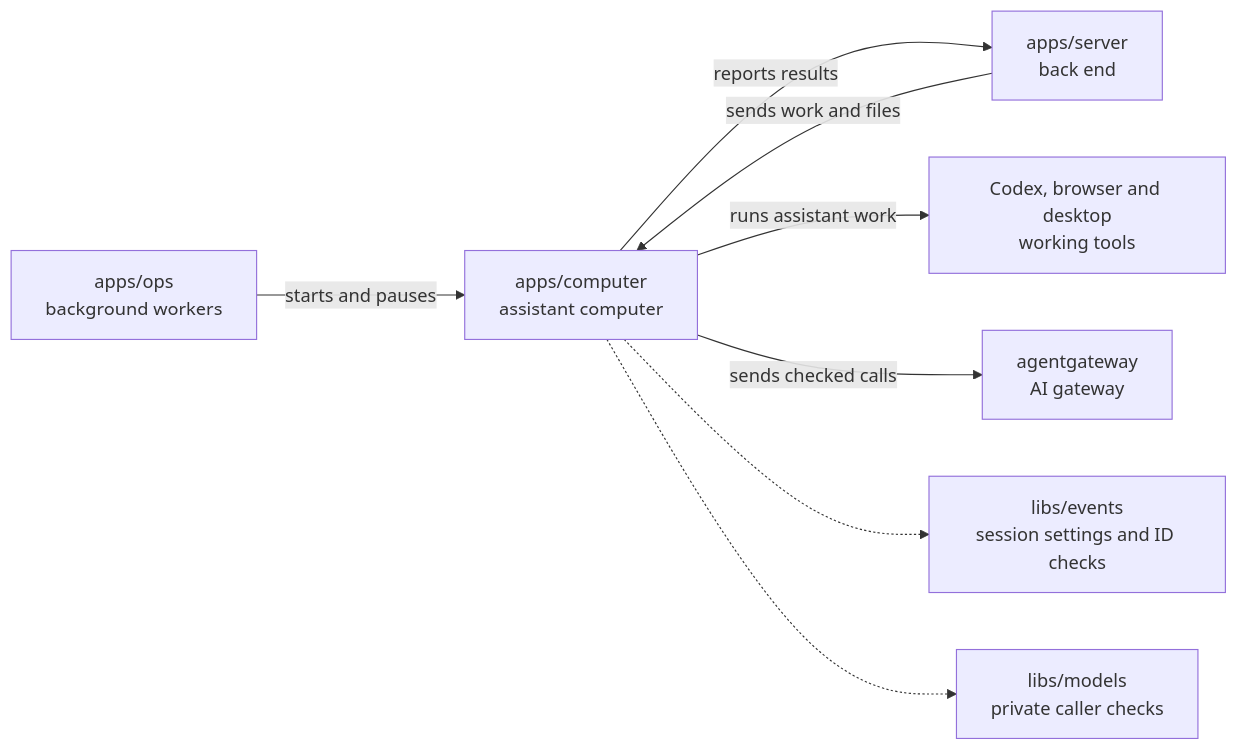
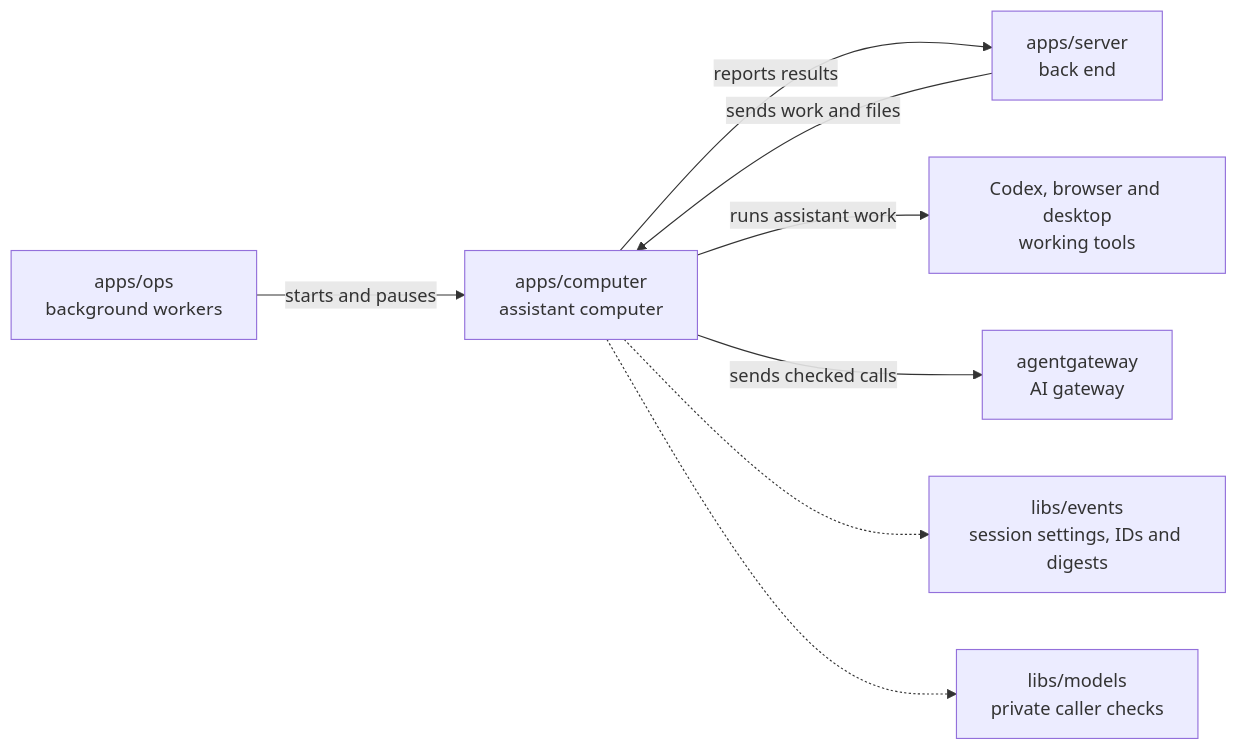
Before and after one commit to elewa-git/opencrane-new: the diagram in apps/computer/README.md, drawn with Mermaid. The commit also changed other lines of this file and 223 other files, not shown here.

First line of the commit message:
Share SHA-256 hex digests through the events entrypoint (#1160)

````diff
--- a/apps/computer/README.md
+++ b/apps/computer/README.md
@@ -18,10 +18,10 @@
 ```mermaid
 flowchart LR
   ops["apps/ops<br/>background workers"] -->|starts and pauses| computer["apps/computer<br/>assistant computer"]
   server["apps/server<br/>back end"] -->|sends work and files| computer
   computer -->|reports results| server
   computer -->|runs assistant work| desktop["Codex, browser and desktop<br/>working tools"]
   computer -->|sends checked calls| gateway["agentgateway<br/>AI gateway"]
-  computer -.-> events["libs/events<br/>session settings and ID checks"]
+  computer -.-> events["libs/events<br/>session settings, IDs and digests"]
   computer -.-> models["libs/models<br/>private caller checks"]
 ```
````
